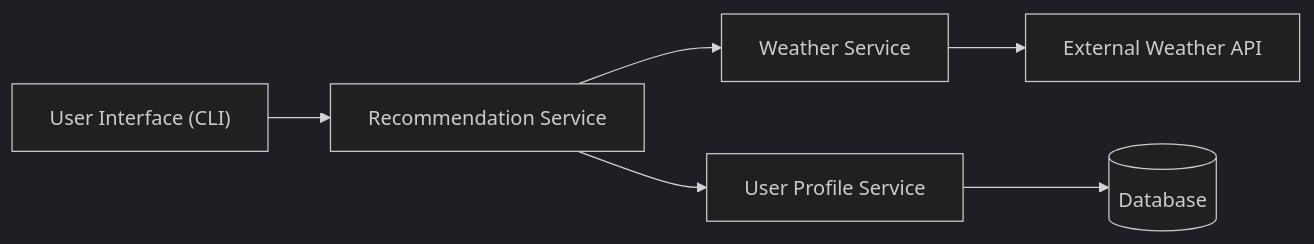
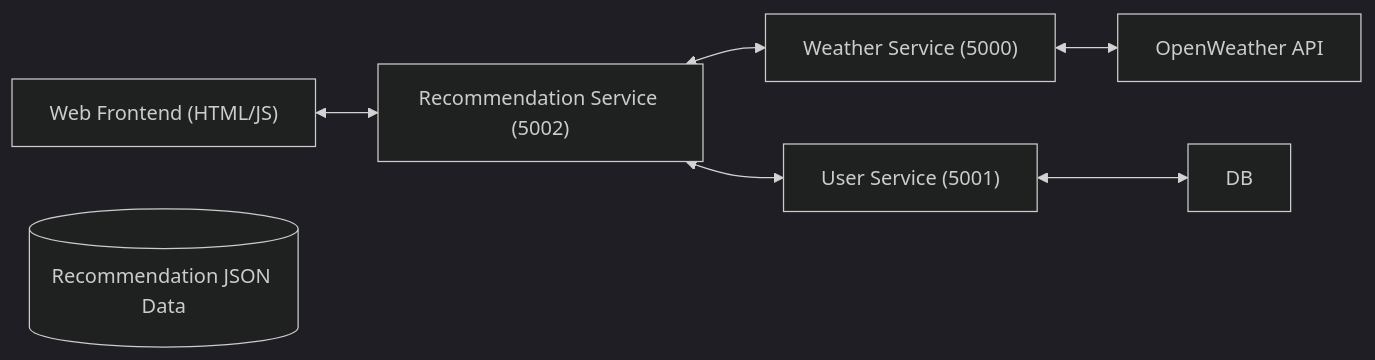
The diagram in README.md (drashti927/Weather-Activity-Recommender), drawn with Mermaid (dark theme) before and after one commit.

````diff
--- a/README.md
+++ b/README.md
@@ -43,17 +43,18 @@
 ```mermaid
 flowchart LR
 
-UI["User Interface (CLI)"]
-REC["Recommendation Service"]
-WEA["Weather Service"]
-USR["User Profile Service"]
-API["External Weather API"]
-DB[("Database")]
+UI["Web Frontend (HTML/JS)"]
+REC["Recommendation Service (5002)"]
+WEA["Weather Service (5000)"]
+USR["User Service (5001)"]
 
-UI --> REC
-REC --> WEA
-REC --> USR
-WEA --> API
-USR --> DB
+API["OpenWeather API"]
+DATA[("Recommendation JSON Data")]
+
+UI <--> REC
+REC <--> WEA
+REC <--> USR
+WEA <--> API
+USR <--> DB
 
 ```
````
